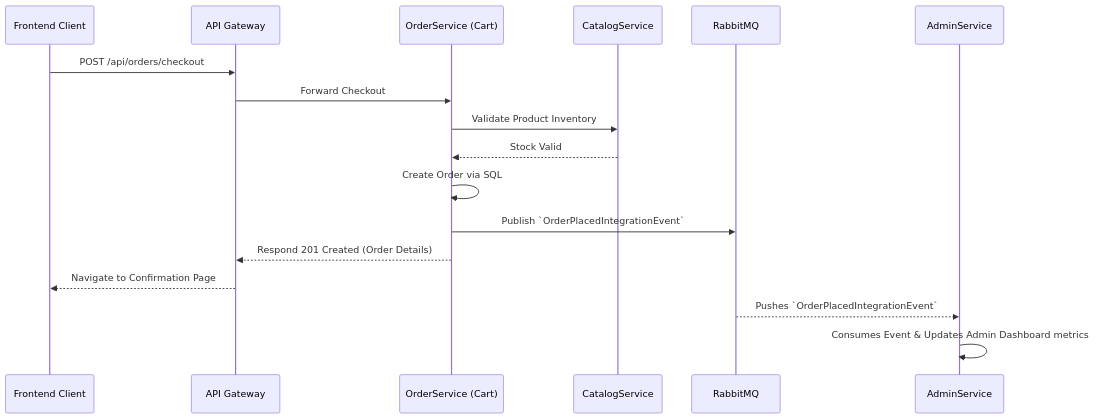
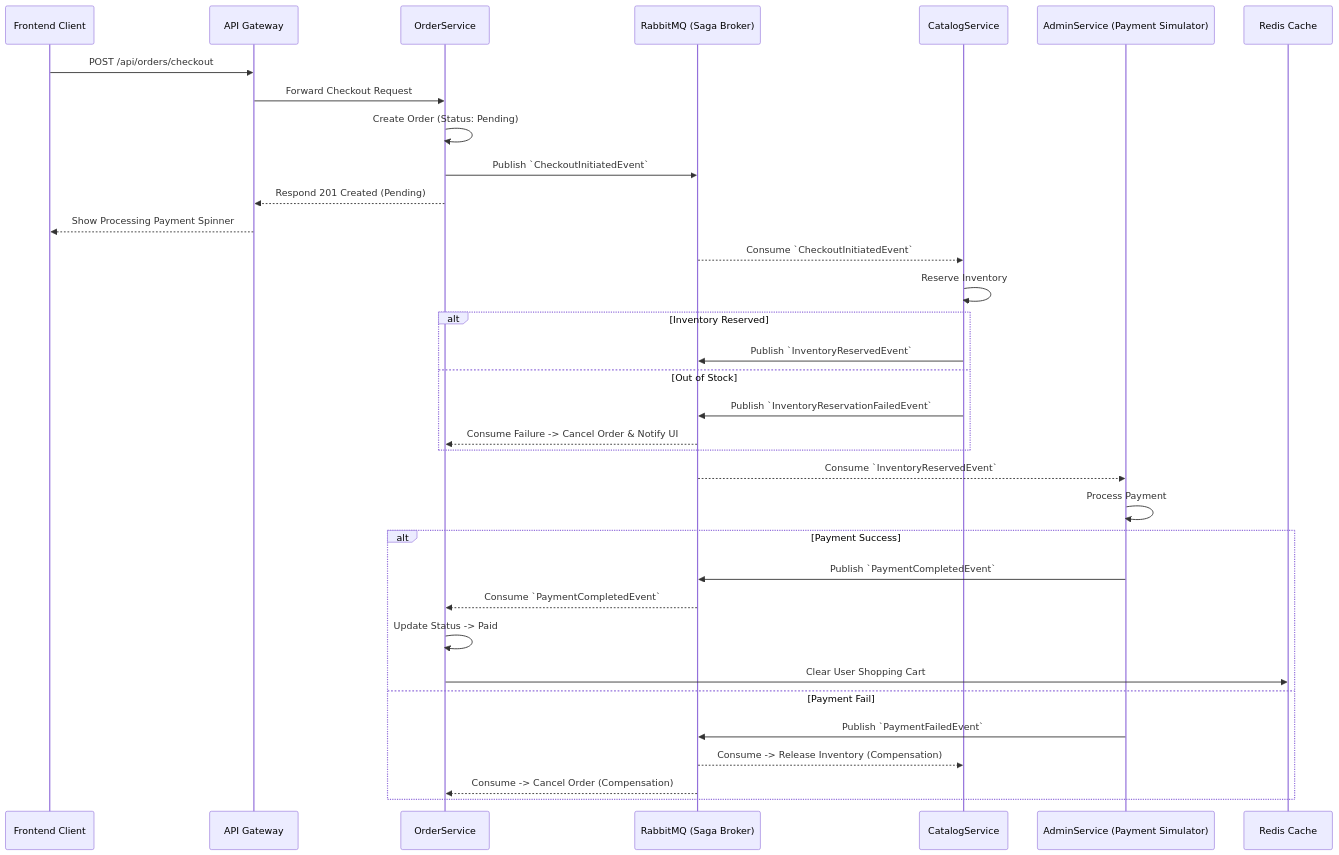
Before and after one commit to Kundan12218014/FastTrack-CapShop: diagram 12 of 16 in CapShop/docs/SystemArchitecture.md, drawn with Mermaid. The commit also changed other lines of this file and 95 other files, not shown here.

````diff
--- a/CapShop/docs/SystemArchitecture.md
+++ b/CapShop/docs/SystemArchitecture.md
@@ -460,22 +456,41 @@
 ```mermaid
 sequenceDiagram
     participant UI as Frontend Client
     participant GW as API Gateway
-    participant Cart as OrderService (Cart)
+    participant Order as OrderService
+    participant MQ as RabbitMQ (Saga Broker)
     participant Catalog as CatalogService
-    participant MQ as RabbitMQ
-    participant Admin as AdminService
+    participant Admin as AdminService (Payment Simulator)
+    participant Redis as Redis Cache
 
     UI->>GW: POST /api/orders/checkout
-    GW->>Cart: Forward Checkout
-    Cart->>Catalog: Validate Product Inventory
-    Catalog-->>Cart: Stock Valid
-    Cart->>Cart: Create Order via SQL
-    Cart->>MQ: Publish `OrderPlacedIntegrationEvent`
-    Cart-->>GW: Respond 201 Created (Order Details)
-    GW-->>UI: Navigate to Confirmation Page
-    
-    %% Asynchronous flow running parallel
-    MQ-->>Admin: Pushes `OrderPlacedIntegrationEvent`
-    Admin->>Admin: Consumes Event & Updates Admin Dashboard metrics
+    GW->>Order: Forward Checkout Request
+    Order->>Order: Create Order (Status: Pending)
+    Order->>MQ: Publish `CheckoutInitiatedEvent`
+    Order-->>GW: Respond 201 Created (Pending)
+    GW-->>UI: Show Processing Payment Spinner
+
+    %% Saga Flow Step 1: Inventory
+    MQ-->>Catalog: Consume `CheckoutInitiatedEvent`
+    Catalog->>Catalog: Reserve Inventory
+    alt Inventory Reserved
+        Catalog->>MQ: Publish `InventoryReservedEvent`
+    else Out of Stock
+        Catalog->>MQ: Publish `InventoryReservationFailedEvent`
+        MQ-->>Order: Consume Failure -> Cancel Order & Notify UI
+    end
+
+    %% Saga Flow Step 2: Payment
+    MQ-->>Admin: Consume `InventoryReservedEvent`
+    Admin->>Admin: Process Payment
+    alt Payment Success
+        Admin->>MQ: Publish `PaymentCompletedEvent`
+        MQ-->>Order: Consume `PaymentCompletedEvent`
+        Order->>Order: Update Status -> Paid
+        Order->>Redis: Clear User Shopping Cart
+    else Payment Fail
+        Admin->>MQ: Publish `PaymentFailedEvent`
+        MQ-->>Catalog: Consume -> Release Inventory (Compensation)
+        MQ-->>Order: Consume -> Cancel Order (Compensation)
+    end
 ```
````
